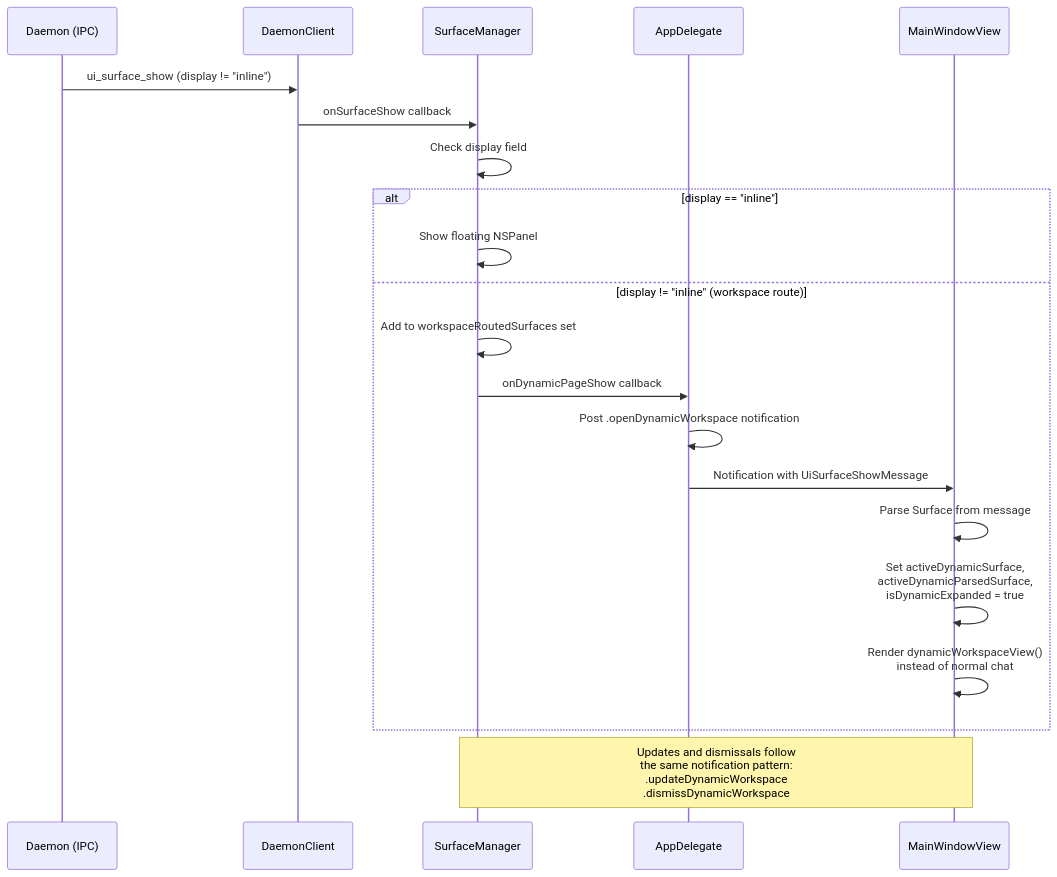
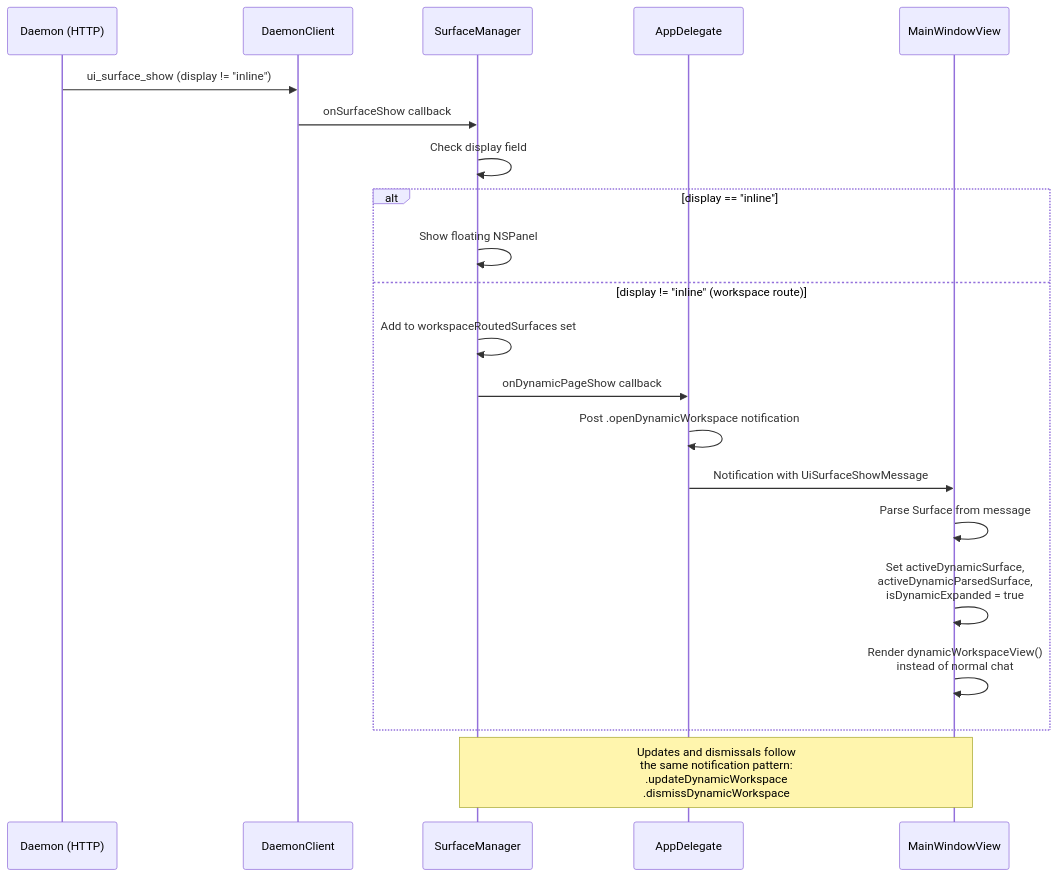
One commit to vellum-ai/vellum-assistant changed the fifth of 7 diagrams in clients/ARCHITECTURE.md. Above: the diagram before and after it, drawn with Mermaid. The commit also changed other lines of this file and 23 other files, not shown here.

````diff
--- a/clients/ARCHITECTURE.md
+++ b/clients/ARCHITECTURE.md
@@ -378,25 +373,25 @@
 ```mermaid
 sequenceDiagram
-    participant Daemon as Daemon (IPC)
+    participant Daemon as Daemon (HTTP)
     participant DC as DaemonClient
     participant SM as SurfaceManager
     participant AD as AppDelegate
     participant MW as MainWindowView
 
     Daemon->>DC: ui_surface_show (display != "inline")
     DC->>SM: onSurfaceShow callback
     SM->>SM: Check display field
     alt display == "inline"
         SM->>SM: Show floating NSPanel
     else display != "inline" (workspace route)
         SM->>SM: Add to workspaceRoutedSurfaces set
         SM->>AD: onDynamicPageShow callback
         AD->>AD: Post .openDynamicWorkspace notification
         AD->>MW: Notification with UiSurfaceShowMessage
         MW->>MW: Parse Surface from message
         MW->>MW: Set activeDynamicSurface,<br/>activeDynamicParsedSurface,<br/>isDynamicExpanded = true
         MW->>MW: Render dynamicWorkspaceView()<br/>instead of normal chat
     end
 
     Note over SM,MW: Updates and dismissals follow<br/>the same notification pattern:<br/>.updateDynamicWorkspace<br/>.dismissDynamicWorkspace
 ```
````
